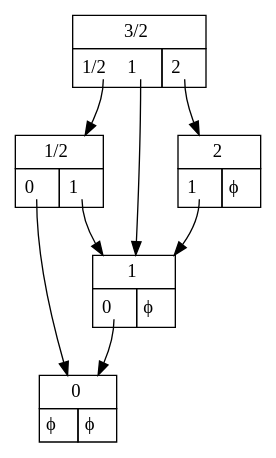
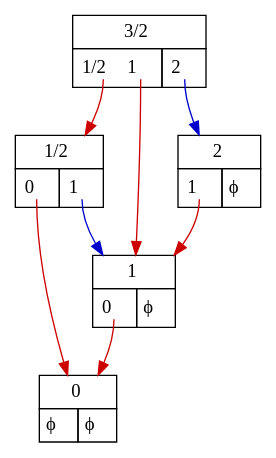
One commit to mroughan/SurrealNumbers.jl changed the diagram in examples/Data/addition_ex_11.dot. Above: the diagram before and after it, drawn with Graphviz. The commit also changed 42 other files, not shown here.

```diff
--- a/examples/Data/addition_ex_11.dot
+++ b/examples/Data/addition_ex_11.dot
@@ -1,39 +1,39 @@
 digraph "1.5" {
    node_1 [shape=none,margin=0,label=
          <<TABLE BORDER="0" CELLBORDER="1" CELLSPACING="0" CELLPADDING="4">
          <TR><TD COLSPAN="2">3/2</TD></TR>
          <TR><TD PORT="L"> <TABLE BORDER="0" CELLBORDER="0" CELLPADDING="0"><TR><TD PORT="1/2,1"> 1/2 </TD> &nbsp; <TD PORT="1,2"> 1 </TD> &nbsp; </TR></TABLE> </TD><TD PORT="R"> <TABLE BORDER="0" CELLBORDER="0" CELLPADDING="0"><TR><TD PORT="2,1"> 2 </TD> &nbsp; </TR></TABLE> </TD></TR>
          </TABLE>>,
          ];
-   node_1:"1/2,1" -> node_2;
+   node_1:"1/2,1" -> node_2 [color="red3"];
    node_2 [shape=none,margin=0,label=
          <<TABLE BORDER="0" CELLBORDER="1" CELLSPACING="0" CELLPADDING="4">
          <TR><TD COLSPAN="2">1/2</TD></TR>
          <TR><TD PORT="L"> <TABLE BORDER="0" CELLBORDER="0" CELLPADDING="0"><TR><TD PORT="0,1"> 0 </TD> &nbsp; </TR></TABLE> </TD><TD PORT="R"> <TABLE BORDER="0" CELLBORDER="0" CELLPADDING="0"><TR><TD PORT="1,1"> 1 </TD> &nbsp; </TR></TABLE> </TD></TR>
          </TABLE>>,
          ];
-   node_2:"0,1" -> node_3;
+   node_2:"0,1" -> node_3 [color="red3"];
    node_3 [shape=none,margin=0,label=
          <<TABLE BORDER="0" CELLBORDER="1" CELLSPACING="0" CELLPADDING="4">
          <TR><TD COLSPAN="2">0</TD></TR>
          <TR><TD PORT="L"> ϕ </TD><TD PORT="R"> ϕ </TD></TR>
          </TABLE>>,
          ];
-   node_2:"1,1" -> node_4;
+   node_2:"1,1" -> node_4 [color="blue3"];
    node_4 [shape=none,margin=0,label=
          <<TABLE BORDER="0" CELLBORDER="1" CELLSPACING="0" CELLPADDING="4">
          <TR><TD COLSPAN="2">1</TD></TR>
          <TR><TD PORT="L"> <TABLE BORDER="0" CELLBORDER="0" CELLPADDING="0"><TR><TD PORT="0,1"> 0 </TD> &nbsp; </TR></TABLE> </TD><TD PORT="R"> ϕ </TD></TR>
          </TABLE>>,
          ];
-   node_4:"0,1" -> node_3;
-   node_1:"1,2" -> node_4;
-   node_1:"2,1" -> node_5;
+   node_4:"0,1" -> node_3 [color="red3"];
+   node_1:"1,2" -> node_4 [color="red3"];
+   node_1:"2,1" -> node_5 [color="blue3"];
    node_5 [shape=none,margin=0,label=
          <<TABLE BORDER="0" CELLBORDER="1" CELLSPACING="0" CELLPADDING="4">
          <TR><TD COLSPAN="2">2</TD></TR>
          <TR><TD PORT="L"> <TABLE BORDER="0" CELLBORDER="0" CELLPADDING="0"><TR><TD PORT="1,1"> 1 </TD> &nbsp; </TR></TABLE> </TD><TD PORT="R"> ϕ </TD></TR>
          </TABLE>>,
          ];
-   node_5:"1,1" -> node_4;
+   node_5:"1,1" -> node_4 [color="red3"];
 }
```
